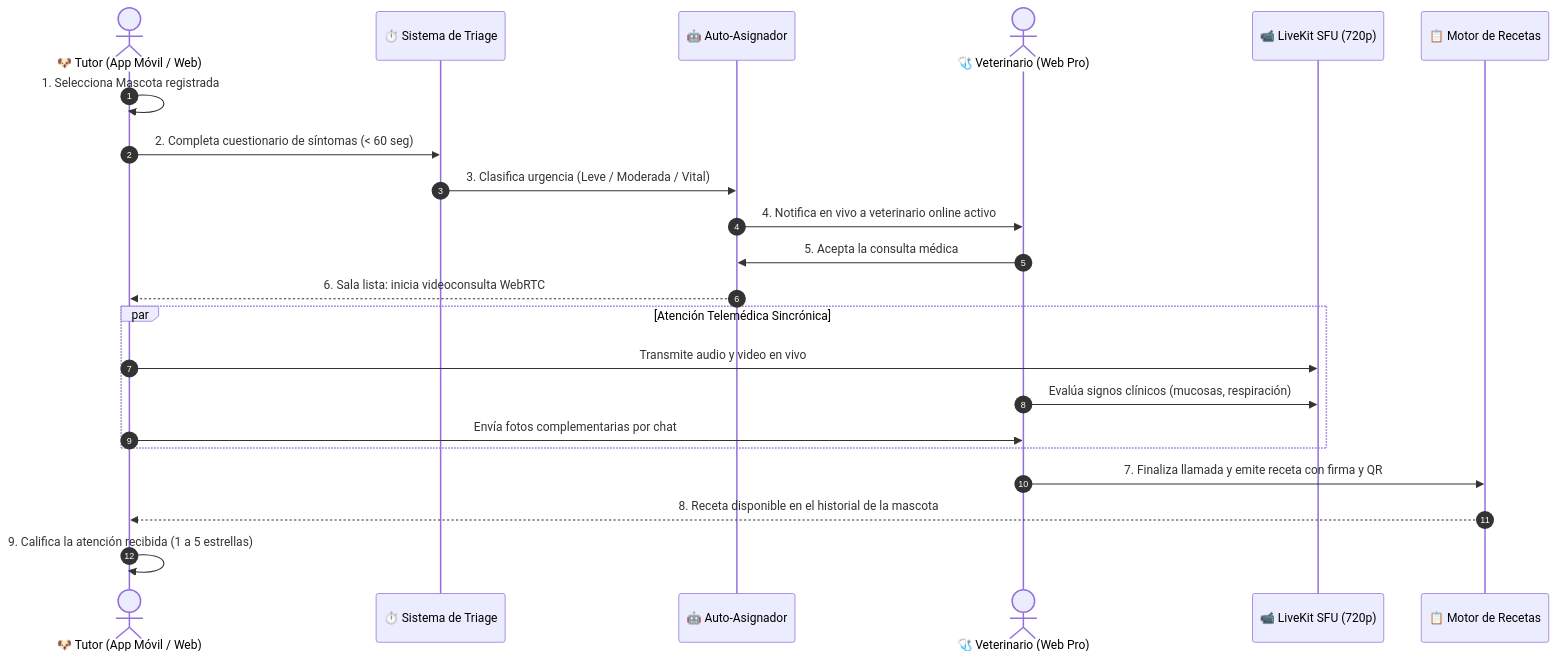
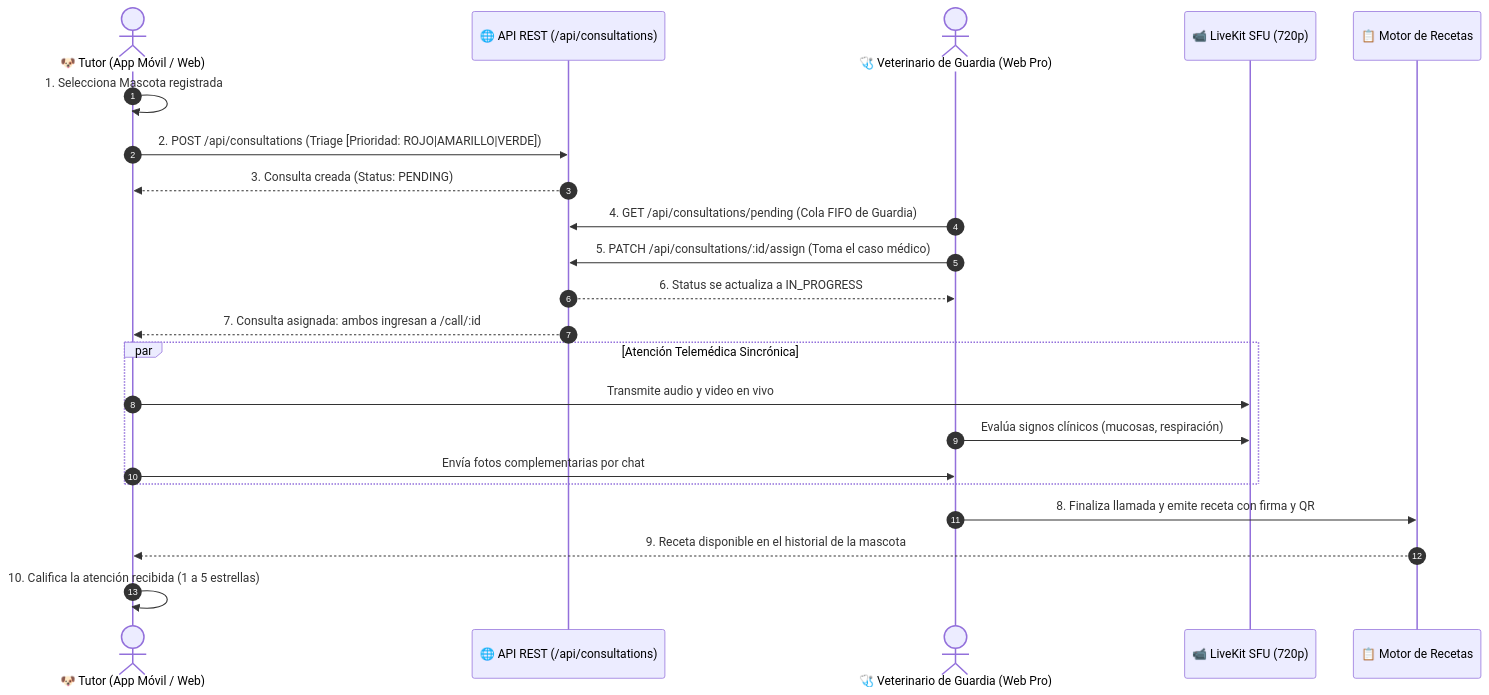
Before and after one commit to grupo-pinnacle/VetConnect: the first of 3 diagrams in docs/SISTEMA_DE_DISENO.md, drawn with Mermaid.

Commit message:
docs(design-system): sync clinical FIFO sequence diagram with real REST API endpoints

````diff
--- a/docs/SISTEMA_DE_DISENO.md
+++ b/docs/SISTEMA_DE_DISENO.md
@@ -45,25 +45,25 @@
 ```mermaid
 sequenceDiagram
     autonumber
     actor Tutor as 🐶 Tutor (App Móvil / Web)
-    participant Triage as ⏱️ Sistema de Triage
-    participant Matcher as 🤖 Auto-Asignador
-    actor Vet as 🩺 Veterinario (Web Pro)
+    participant API as 🌐 API REST (/api/consultations)
+    actor Vet as 🩺 Veterinario de Guardia (Web Pro)
     participant Video as 📹 LiveKit SFU (720p)
     participant Receta as 📋 Motor de Recetas
 
     Tutor->>Tutor: 1. Selecciona Mascota registrada
-    Tutor->>Triage: 2. Completa cuestionario de síntomas (< 60 seg)
-    Triage->>Matcher: 3. Clasifica urgencia (Leve / Moderada / Vital)
-    Matcher->>Vet: 4. Notifica en vivo a veterinario online activo
-    Vet->>Matcher: 5. Acepta la consulta médica
-    Matcher-->>Tutor: 6. Sala lista: inicia videoconsulta WebRTC
+    Tutor->>API: 2. POST /api/consultations (Triage [Prioridad: ROJO|AMARILLO|VERDE])
+    API-->>Tutor: 3. Consulta creada (Status: PENDING)
+    Vet->>API: 4. GET /api/consultations/pending (Cola FIFO de Guardia)
+    Vet->>API: 5. PATCH /api/consultations/:id/assign (Toma el caso médico)
+    API-->>Vet: 6. Status se actualiza a IN_PROGRESS
+    API-->>Tutor: 7. Consulta asignada: ambos ingresan a /call/:id
     par Atención Telemédica Sincrónica
         Tutor->>Video: Transmite audio y video en vivo
         Vet->>Video: Evalúa signos clínicos (mucosas, respiración)
         Tutor->>Vet: Envía fotos complementarias por chat
     end
-    Vet->>Receta: 7. Finaliza llamada y emite receta con firma y QR
-    Receta-->>Tutor: 8. Receta disponible en el historial de la mascota
-    Tutor->>Tutor: 9. Califica la atención recibida (1 a 5 estrellas)
+    Vet->>Receta: 8. Finaliza llamada y emite receta con firma y QR
+    Receta-->>Tutor: 9. Receta disponible en el historial de la mascota
+    Tutor->>Tutor: 10. Califica la atención recibida (1 a 5 estrellas)
 ```
````
